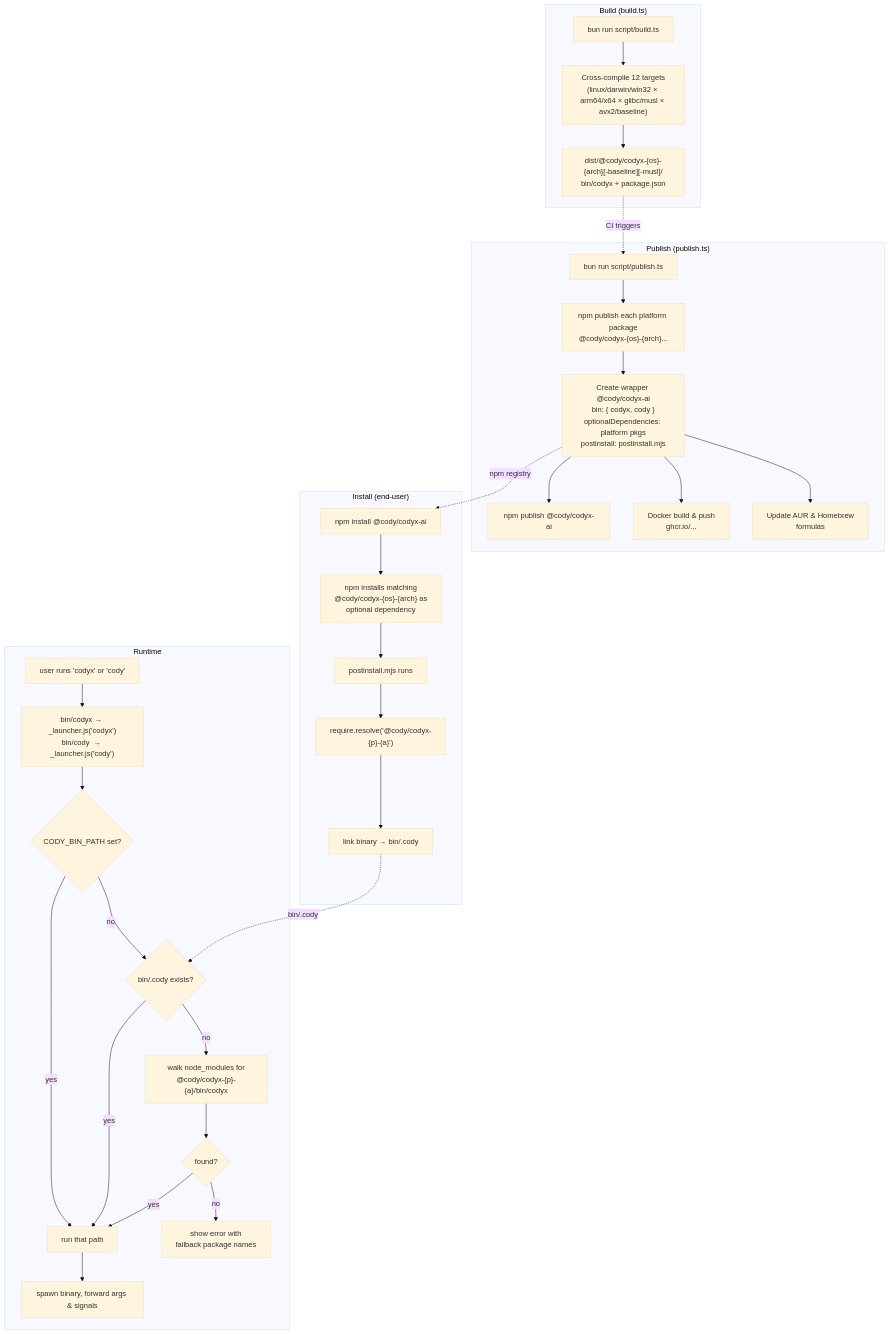
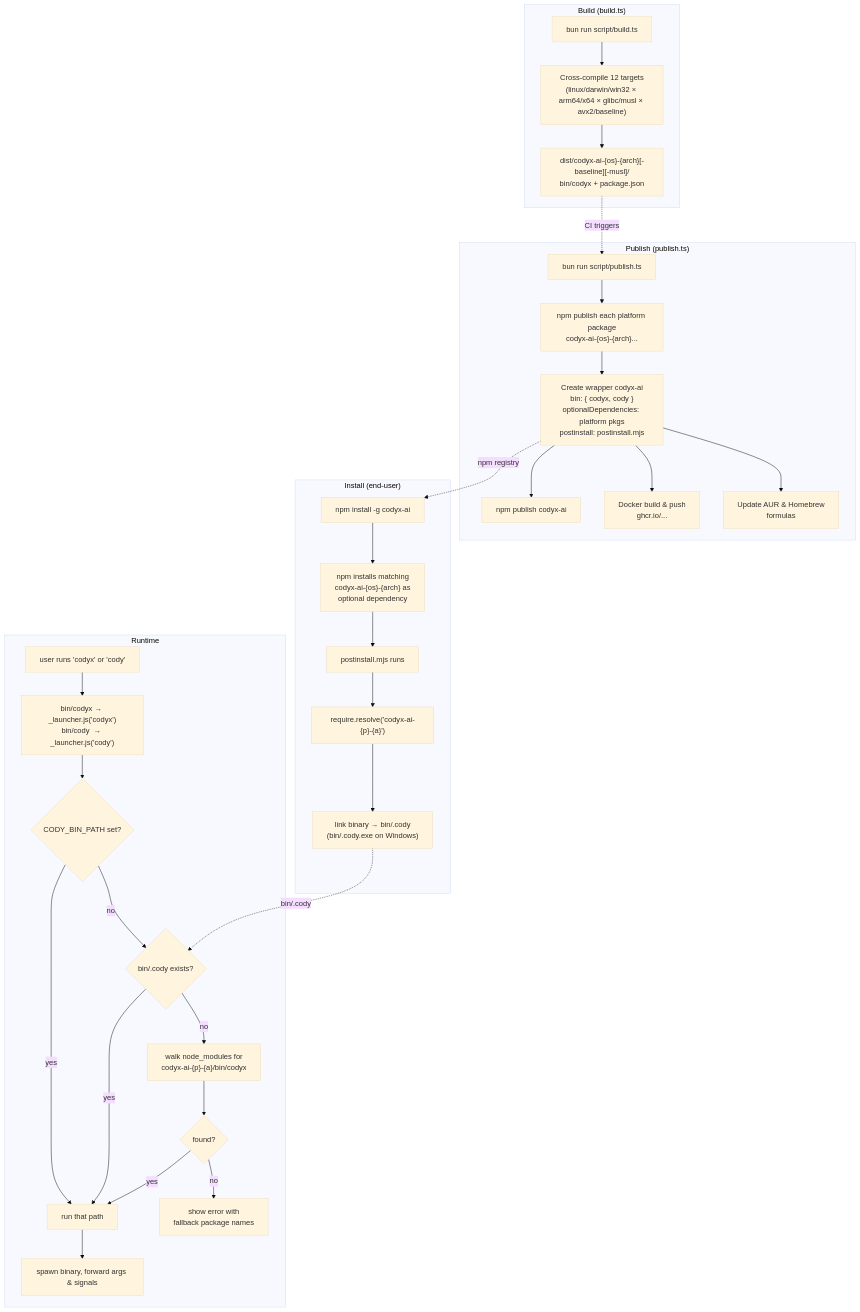
One commit to mufasa1611/cody-orchestra changed the diagram in packages/codyx/README.md. Above: the diagram before and after it, drawn with Mermaid (base theme). The commit also changed other lines of this file and 10 other files, not shown here.

Commit message:
feat(npm): publish codyx-ai packages

````diff
--- a/packages/codyx/README.md
+++ b/packages/codyx/README.md
@@ -5,40 +9,40 @@
 ```mermaid
 flowchart TD
     subgraph Build ["Build (build.ts)"]
         A1["bun run script/build.ts"] --> A2["Cross-compile 12 targets<br/>(linux/darwin/win32 × arm64/x64 × glibc/musl × avx2/baseline)"]
-        A2 --> A3["dist/@cody/codyx-{os}-{arch}[-baseline][-musl]/<br/>bin/codyx + package.json"]
+        A2 --> A3["dist/codyx-ai-{os}-{arch}[-baseline][-musl]/<br/>bin/codyx + package.json"]
     end
 
     subgraph Publish ["Publish (publish.ts)"]
-        B1["bun run script/publish.ts"] --> B2["npm publish each platform package<br/>@cody/codyx-{os}-{arch}..."]
-        B2 --> B3["Create wrapper @cody/codyx-ai<br/>bin: { codyx, cody }<br/>optionalDependencies: platform pkgs<br/>postinstall: postinstall.mjs"]
-        B3 --> B4["npm publish @cody/codyx-ai"]
+        B1["bun run script/publish.ts"] --> B2["npm publish each platform package<br/>codyx-ai-{os}-{arch}..."]
+        B2 --> B3["Create wrapper codyx-ai<br/>bin: { codyx, cody }<br/>optionalDependencies: platform pkgs<br/>postinstall: postinstall.mjs"]
+        B3 --> B4["npm publish codyx-ai"]
         B3 --> B5["Docker build & push<br/>ghcr.io/..."]
         B3 --> B6["Update AUR & Homebrew<br/>formulas"]
     end
 
     subgraph Install ["Install (end-user)"]
-        C1["npm install @cody/codyx-ai"] --> C2["npm installs matching<br/>@cody/codyx-{os}-{arch} as<br/>optional dependency"]
+        C1["npm install -g codyx-ai"] --> C2["npm installs matching<br/>codyx-ai-{os}-{arch} as<br/>optional dependency"]
         C2 --> C3["postinstall.mjs runs"]
-        C3 --> C4["require.resolve('@cody/codyx-{p}-{a}')"]
-        C4 --> C5["link binary → bin/.cody"]
+        C3 --> C4["require.resolve('codyx-ai-{p}-{a}')"]
+        C4 --> C5["link binary → bin/.cody<br/>(bin/.cody.exe on Windows)"]
     end
 
     subgraph Runtime ["Runtime"]
         D1["user runs 'codyx' or 'cody'"]
         D1 --> D2["bin/codyx → _launcher.js('codyx')<br/>bin/cody  → _launcher.js('cody')"]
         D2 --> D3{"CODY_BIN_PATH set?"}
         D3 -->|yes| D4["run that path"]
         D3 -->|no| D5{"bin/.cody exists?"}
         D5 -->|yes| D4
-        D5 -->|no| D6["walk node_modules for<br/>@cody/codyx-{p}-{a}/bin/codyx"]
+        D5 -->|no| D6["walk node_modules for<br/>codyx-ai-{p}-{a}/bin/codyx"]
         D6 --> D7{"found?"}
         D7 -->|yes| D4
         D7 -->|no| D8["show error with<br/>fallback package names"]
         D4 --> D9["spawn binary, forward args & signals"]
     end
 
     A3 -.->|"CI triggers"| B1
     B3 -.->|"npm registry"| C1
     C5 -.->|"bin/.cody"| D5
 ```
````
